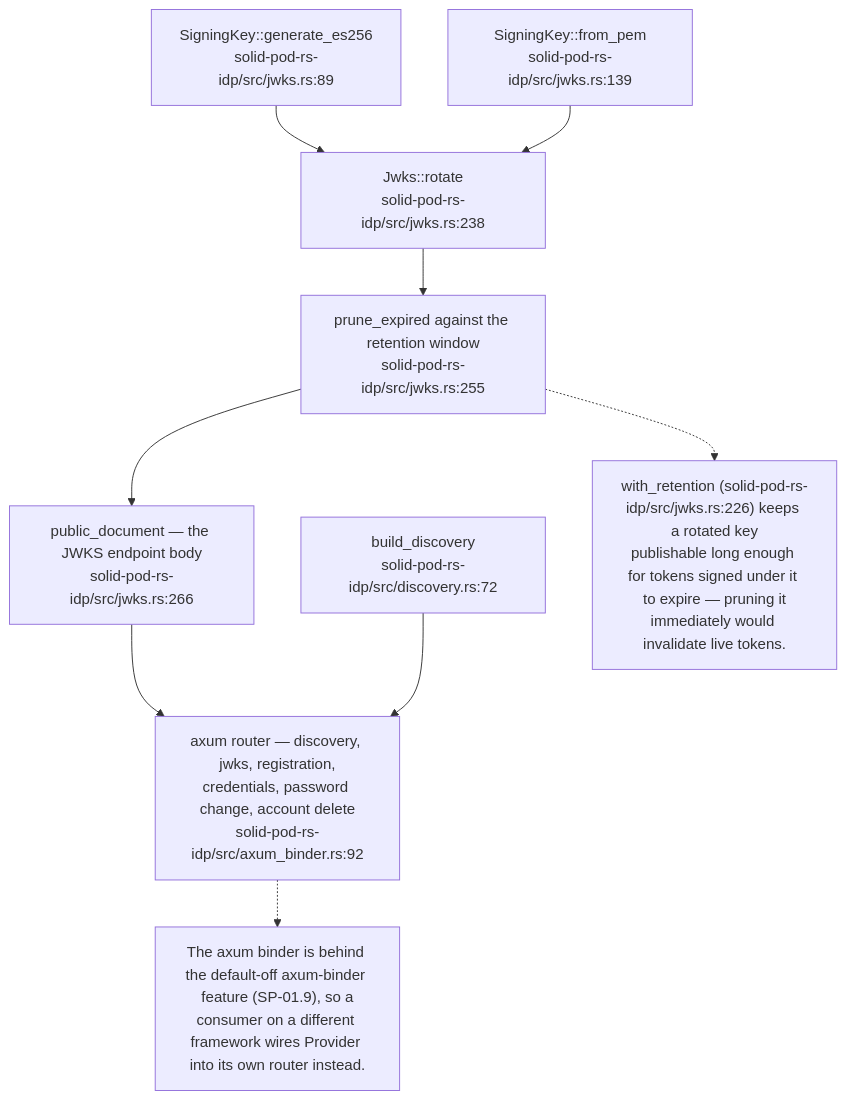
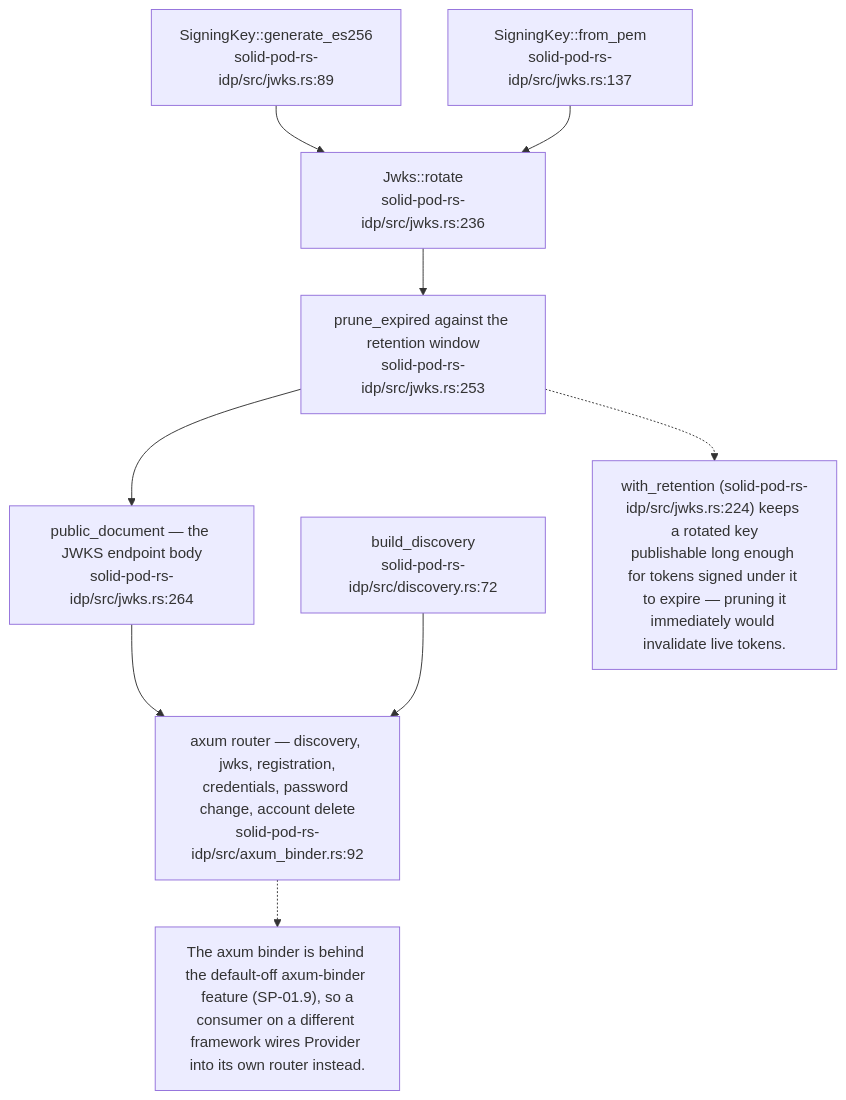
Before and after one commit to DreamLab-AI/VisionFlow: diagram 14 of 18 in docs/diagrams/solid-pod-rs/05-identity-nip98-did-oidc.md, drawn with Mermaid. The commit also changed other lines of this file and 142 other files, not shown here.

First line of the commit message:
docs(diagrams): one System One route; re-verify 140 topics at today's heads

````diff
--- a/docs/diagrams/solid-pod-rs/05-identity-nip98-did-oidc.md
+++ b/docs/diagrams/solid-pod-rs/05-identity-nip98-did-oidc.md
@@ -446,19 +446,19 @@
 ```mermaid
 flowchart TD
     GEN["SigningKey::generate_es256<br/>solid-pod-rs-idp/src/jwks.rs:89"]
-    PEM["SigningKey::from_pem<br/>solid-pod-rs-idp/src/jwks.rs:139"]
-    ROT["Jwks::rotate<br/>solid-pod-rs-idp/src/jwks.rs:238"]
-    PRUNE["prune_expired against the retention window<br/>solid-pod-rs-idp/src/jwks.rs:255"]
-    PUB["public_document — the JWKS endpoint body<br/>solid-pod-rs-idp/src/jwks.rs:266"]
+    PEM["SigningKey::from_pem<br/>solid-pod-rs-idp/src/jwks.rs:137"]
+    ROT["Jwks::rotate<br/>solid-pod-rs-idp/src/jwks.rs:236"]
+    PRUNE["prune_expired against the retention window<br/>solid-pod-rs-idp/src/jwks.rs:253"]
+    PUB["public_document — the JWKS endpoint body<br/>solid-pod-rs-idp/src/jwks.rs:264"]
     DISC["build_discovery<br/>solid-pod-rs-idp/src/discovery.rs:72"]
     ROUTER["axum router — discovery, jwks, registration,<br/>credentials, password change, account delete<br/>solid-pod-rs-idp/src/axum_binder.rs:92"]
 
     GEN --> ROT --> PRUNE --> PUB --> ROUTER
     PEM --> ROT
     DISC --> ROUTER
 
-    N["with_retention (solid-pod-rs-idp/src/jwks.rs:226) keeps a rotated key<br/>publishable long enough for tokens signed under it to expire — pruning it<br/>immediately would invalidate live tokens."]
+    N["with_retention (solid-pod-rs-idp/src/jwks.rs:224) keeps a rotated key<br/>publishable long enough for tokens signed under it to expire — pruning it<br/>immediately would invalidate live tokens."]
     PRUNE -.-> N
     N2["The axum binder is behind the default-off axum-binder feature (SP-01.9), so a<br/>consumer on a different framework wires Provider into its own router instead."]
     ROUTER -.-> N2
 ```
````
